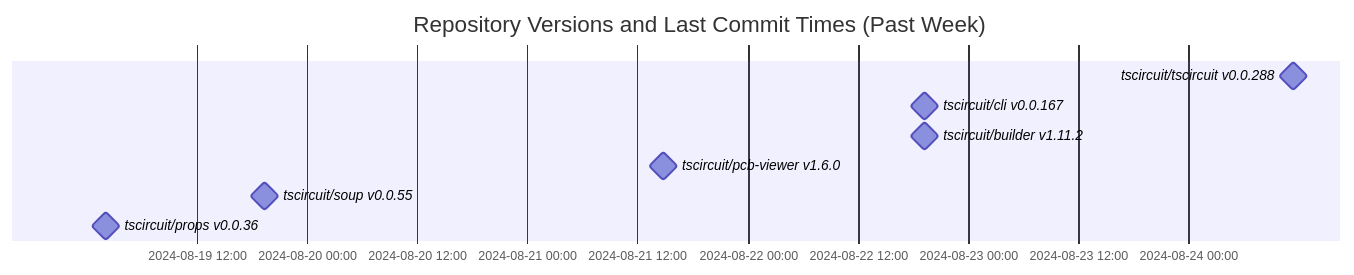
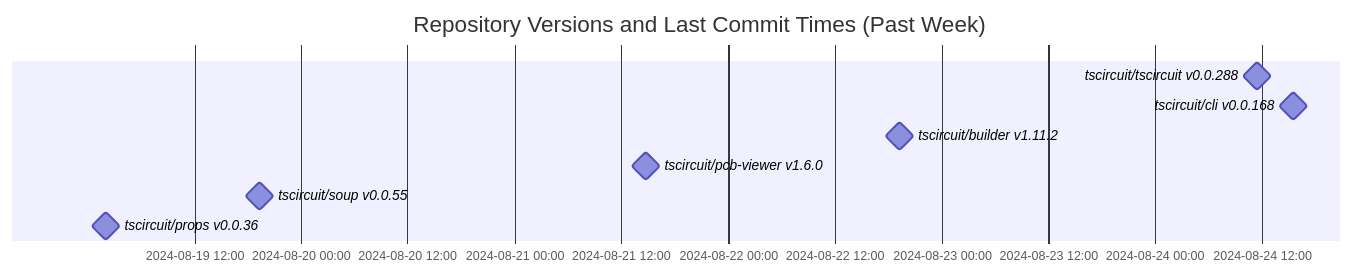
One commit to tscircuit/version-tracker changed the diagram in README.md. Above: the diagram before and after it, drawn with Mermaid.

Commit message:
Update chart

````diff
--- a/README.md
+++ b/README.md
@@ -1,13 +1,13 @@
 ```mermaid
 gantt
   dateFormat  YYYY-MM-DD HH:mm:ss
   title Repository Versions and Last Commit Times (Past Week)
   axisFormat %Y-%m-%d %H:%M
 
   tscircuit/tscircuit v0.0.288 : milestone, 2024-08-24 11:24:30, 1s
-  tscircuit/cli v0.0.167 : milestone, 2024-08-22 19:13:45, 1s
+  tscircuit/cli v0.0.168 : milestone, 2024-08-24 15:32:19, 1s
   tscircuit/builder v1.11.2 : milestone, 2024-08-22 19:17:19, 1s
   tscircuit/pcb-viewer v1.6.0 : milestone, 2024-08-21 14:48:25, 1s
   tscircuit/soup v0.0.55 : milestone, 2024-08-19 19:22:24, 1s
   tscircuit/props v0.0.36 : milestone, 2024-08-19 02:05:19, 1s
 ```
````
